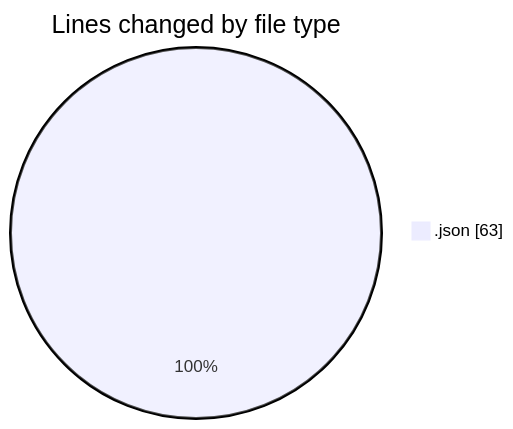
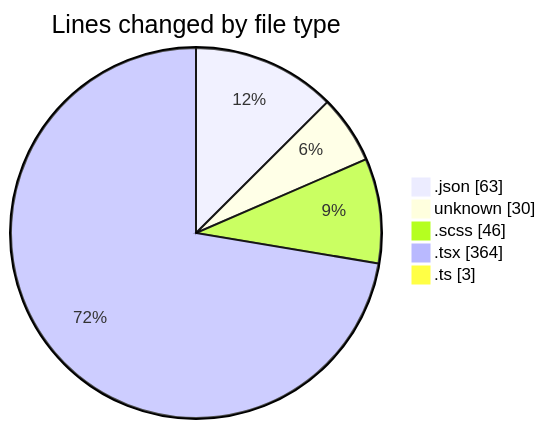
The first of 2 diagrams in 2026-04-24/ise-web-ofcom/README.md (momahboobian/code-tracking), drawn with Mermaid before and after one commit. The commit also changed other lines of this file and 1 other file, not shown here.

````diff
--- a/2026-04-24/ise-web-ofcom/README.md
+++ b/2026-04-24/ise-web-ofcom/README.md
@@ -20,5 +26,9 @@
 ```mermaid
 pie showData
 title Lines changed by file type
 ".json" : 63
+"unknown" : 30
+".scss" : 46
+".tsx" : 364
+".ts" : 3
 ```
````
